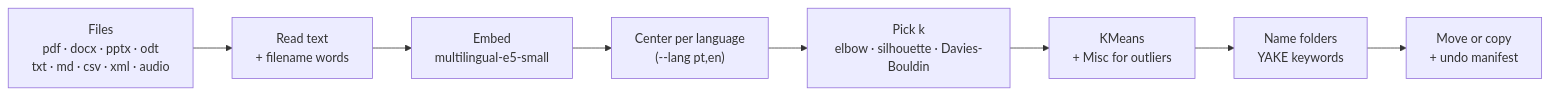
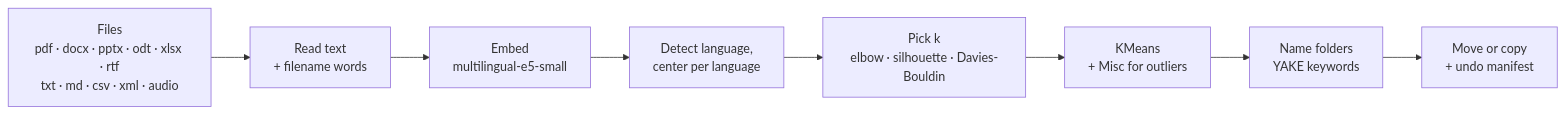
One commit to RafaelSdeS/File-Organizer changed the diagram in README.md. Above: the diagram before and after it, drawn with Mermaid. The commit also changed other lines of this file and 4 other files, not shown here.

First line of the commit message:
Update README, TODO and CLAUDE.md for v0.2.0; regenerate charts

````diff
--- a/README.md
+++ b/README.md
@@ -28,10 +28,10 @@
 ```mermaid
 flowchart LR
-    A["Files<br/>pdf · docx · pptx · odt<br/>txt · md · csv · xml · audio"] --> B["Read text<br/>+ filename words"]
+    A["Files<br/>pdf · docx · pptx · odt · xlsx · rtf<br/>txt · md · csv · xml · audio"] --> B["Read text<br/>+ filename words"]
     B --> C["Embed<br/>multilingual-e5-small"]
-    C --> D["Center per language<br/>(--lang pt,en)"]
+    C --> D["Detect language,<br/>center per language"]
     D --> E["Pick k<br/>elbow · silhouette · Davies-Bouldin"]
     E --> F["KMeans<br/>+ Misc for outliers"]
     F --> G["Name folders<br/>YAKE keywords"]
     G --> H["Move or copy<br/>+ undo manifest"]
 ```
````
